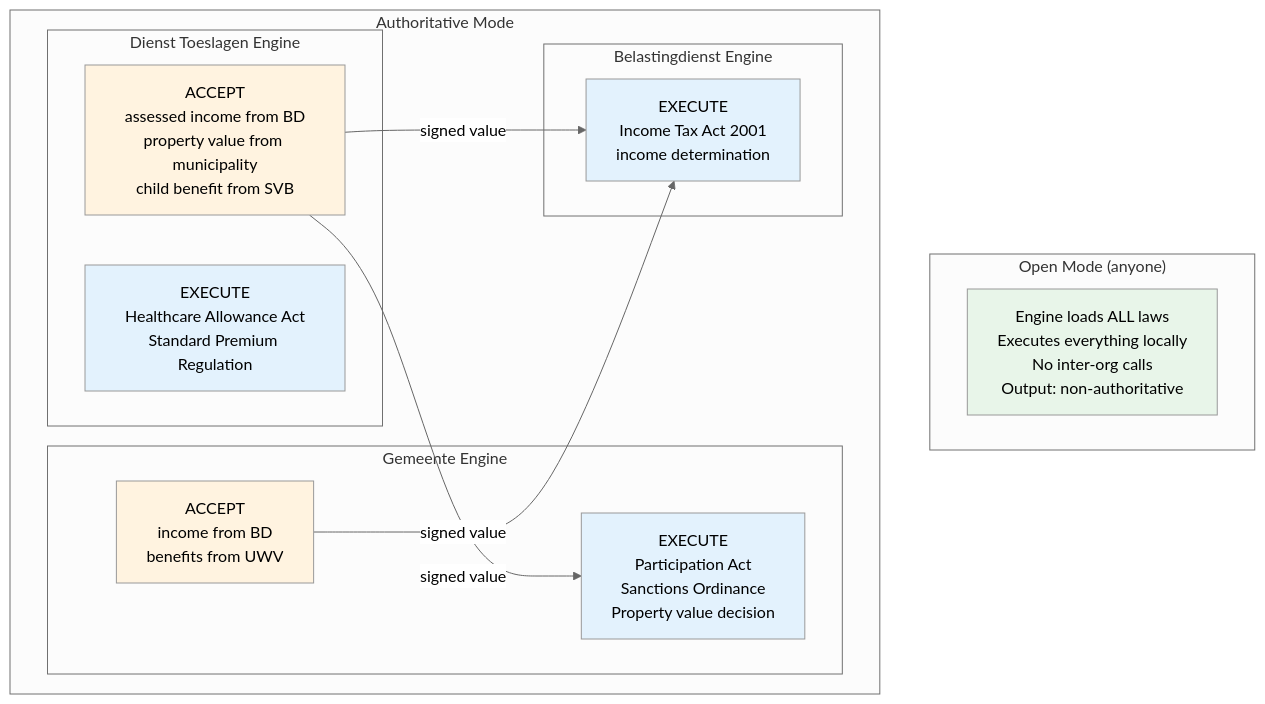
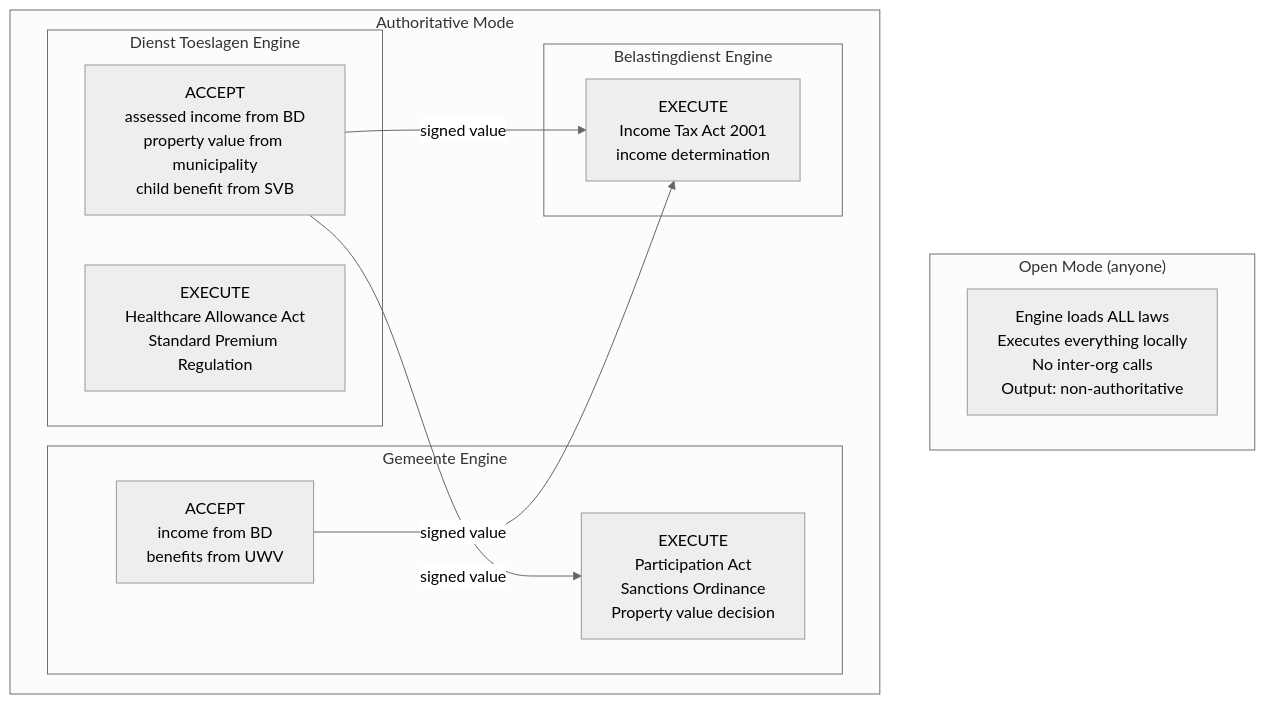
One commit to MinBZK/regelrecht changed the fifth of 5 diagrams in docs/src/content/rfcs/rfc-009.md. Above: the diagram before and after it, drawn with Mermaid (neutral theme). The commit also changed 5 other files, not shown here.

First line of the commit message:
feat(docs): mermaid-diagrammen in NLDD-stijl met dark/light-mode

````diff
--- a/docs/src/content/rfcs/rfc-009.md
+++ b/docs/src/content/rfcs/rfc-009.md
@@ -367,33 +367,27 @@
 ```mermaid
 graph TB
     subgraph "Open Mode (anyone)"
         O[Engine loads ALL laws<br/>Executes everything locally<br/>No inter-org calls<br/>Output: non-authoritative]
     end
 
     subgraph "Authoritative Mode"
         subgraph "Dienst Toeslagen Engine"
             DT_E[EXECUTE<br/>Healthcare Allowance Act<br/>Standard Premium Regulation]
             DT_A[ACCEPT<br/>assessed income from BD<br/>property value from municipality<br/>child benefit from SVB]
         end
 
         subgraph "Gemeente Engine"
             G_E[EXECUTE<br/>Participation Act<br/>Sanctions Ordinance<br/>Property value decision]
             G_A[ACCEPT<br/>income from BD<br/>benefits from UWV]
         end
 
         subgraph "Belastingdienst Engine"
             B_E[EXECUTE<br/>Income Tax Act 2001<br/>income determination]
         end
 
         DT_A -->|signed value| B_E
         DT_A -->|signed value| G_E
         G_A -->|signed value| B_E
     end
 
-    style O fill:#e8f5e9
-    style DT_E fill:#e3f2fd
-    style G_E fill:#e3f2fd
-    style B_E fill:#e3f2fd
-    style DT_A fill:#fff3e0
-    style G_A fill:#fff3e0
 ```
````
